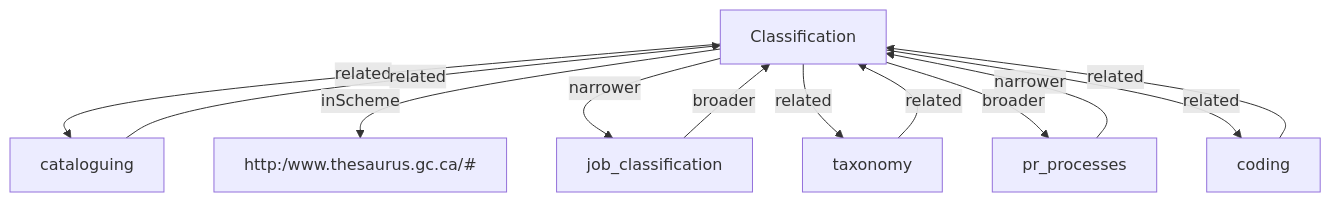
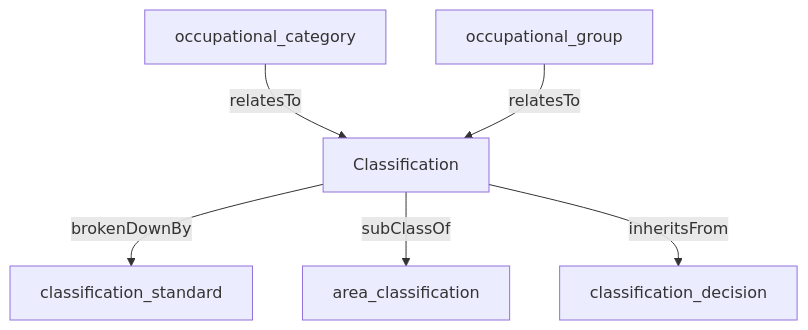
Before and after one commit to heidingaway/heidi2: the diagram in content/hr_data_model/classification.md, drawn with Mermaid. The commit also changed other lines of this file and 350 other files, not shown here.

````diff
--- a/content/hr_data_model/classification.md
+++ b/content/hr_data_model/classification.md
@@ -18,21 +25,14 @@
 ```mermaid
 graph TD
   Classification["Classification"]:::current-page-node
-  pr_processes["pr_processes"]
-  httpwwwthesaurusgcca["http:/www.thesaurus.gc.ca/#"]
-  job_classification["job_classification"]
-  cataloguing["cataloguing"]
-  coding["coding"]
-  taxonomy["taxonomy"]
-  Classification-->|" related "|cataloguing
-  Classification-->|" inScheme "|httpwwwthesaurusgcca
-  pr_processes-->|" narrower "|Classification
-  cataloguing-->|" related "|Classification
-  taxonomy-->|" related "|Classification
-  Classification-->|" narrower "|job_classification
-  coding-->|" related "|Classification
-  Classification-->|" related "|taxonomy
-  job_classification-->|" broader "|Classification
-  Classification-->|" broader "|pr_processes
-  Classification-->|" related "|coding
+  area_classification["area_classification"]
+  classification_standard["classification_standard"]
+  classification_decision["classification_decision"]
+  occupational_category["occupational_category"]
+  occupational_group["occupational_group"]
+  occupational_category-->|" relatesTo "|Classification
+  Classification-->|" brokenDownBy "|classification_standard
+  Classification-->|" subClassOf "|area_classification
+  Classification-->|" inheritsFrom "|classification_decision
+  occupational_group-->|" relatesTo "|Classification
 ```
````
